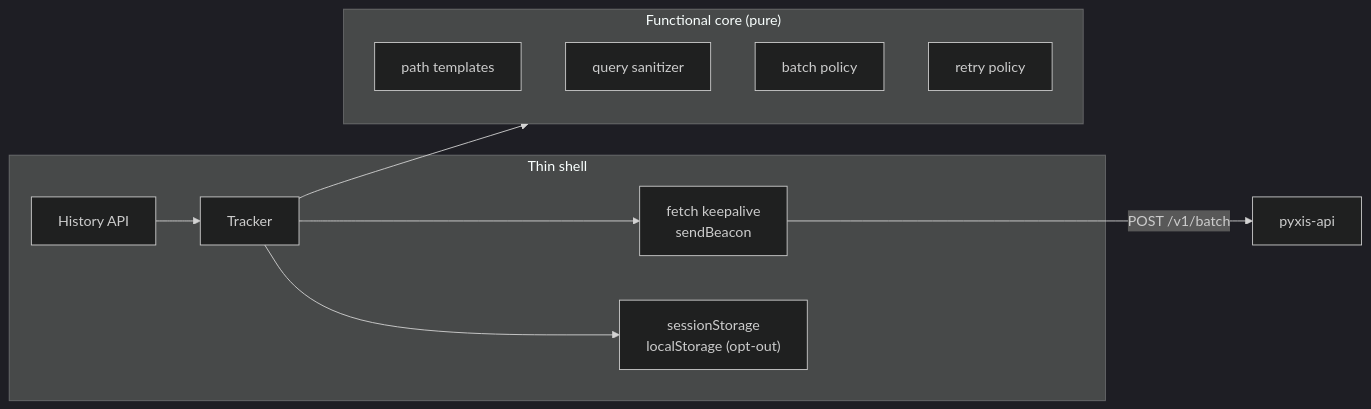
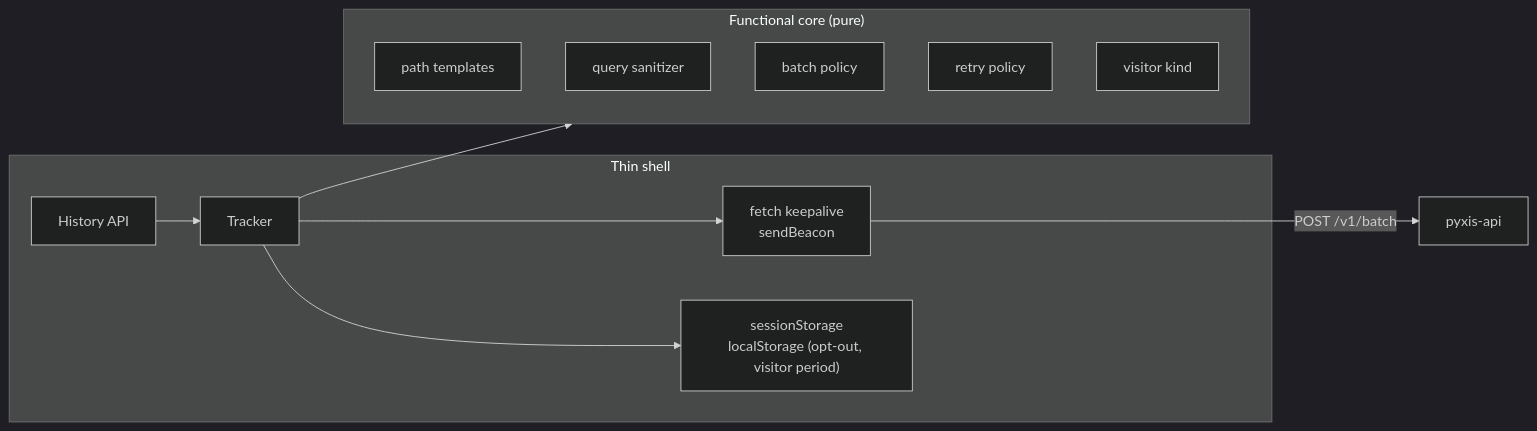
One commit to samuelcsantana/pyxis-sdk changed the diagram in README.md. Above: the diagram before and after it, drawn with Mermaid (dark theme). The commit also changed other lines of this file, not shown here.

First line of the commit message:
docs(readme): describe the visitor kind and the pyxis:period marker

````diff
--- a/README.md
+++ b/README.md
@@ -220,16 +232,17 @@
 ```mermaid
 flowchart LR
   subgraph Shell["Thin shell"]
     Navigation["History API"] --> Tracker
     Tracker --> Transport["fetch keepalive<br>sendBeacon"]
-    Tracker --> Storage["sessionStorage<br>localStorage (opt-out)"]
+    Tracker --> Storage["sessionStorage<br>localStorage (opt-out, visitor period)"]
   end
   subgraph Core["Functional core (pure)"]
     Paths["path templates"]
     Query["query sanitizer"]
     Batching["batch policy"]
     Retry["retry policy"]
+    Visitor["visitor kind"]
   end
   Tracker --> Core
   Transport -- "POST /v1/batch" --> API["pyxis-api"]
 ```
````
